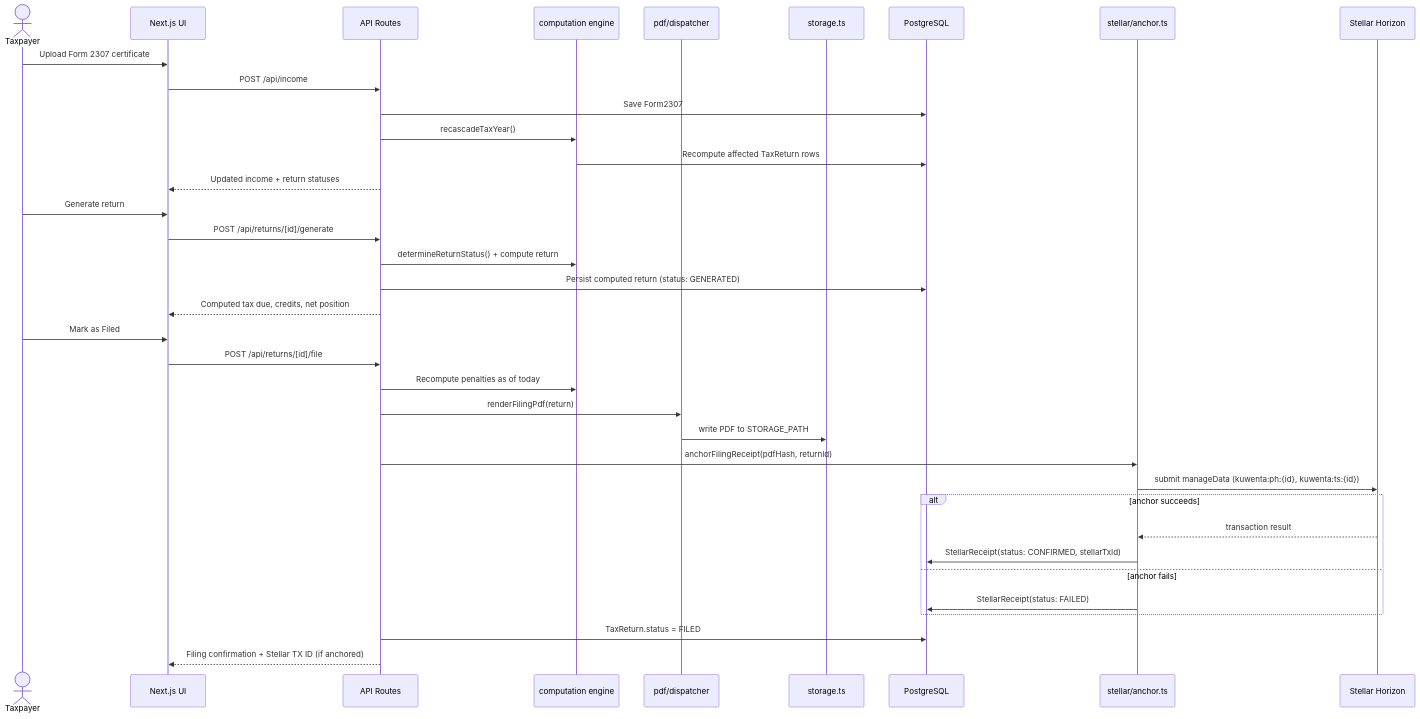
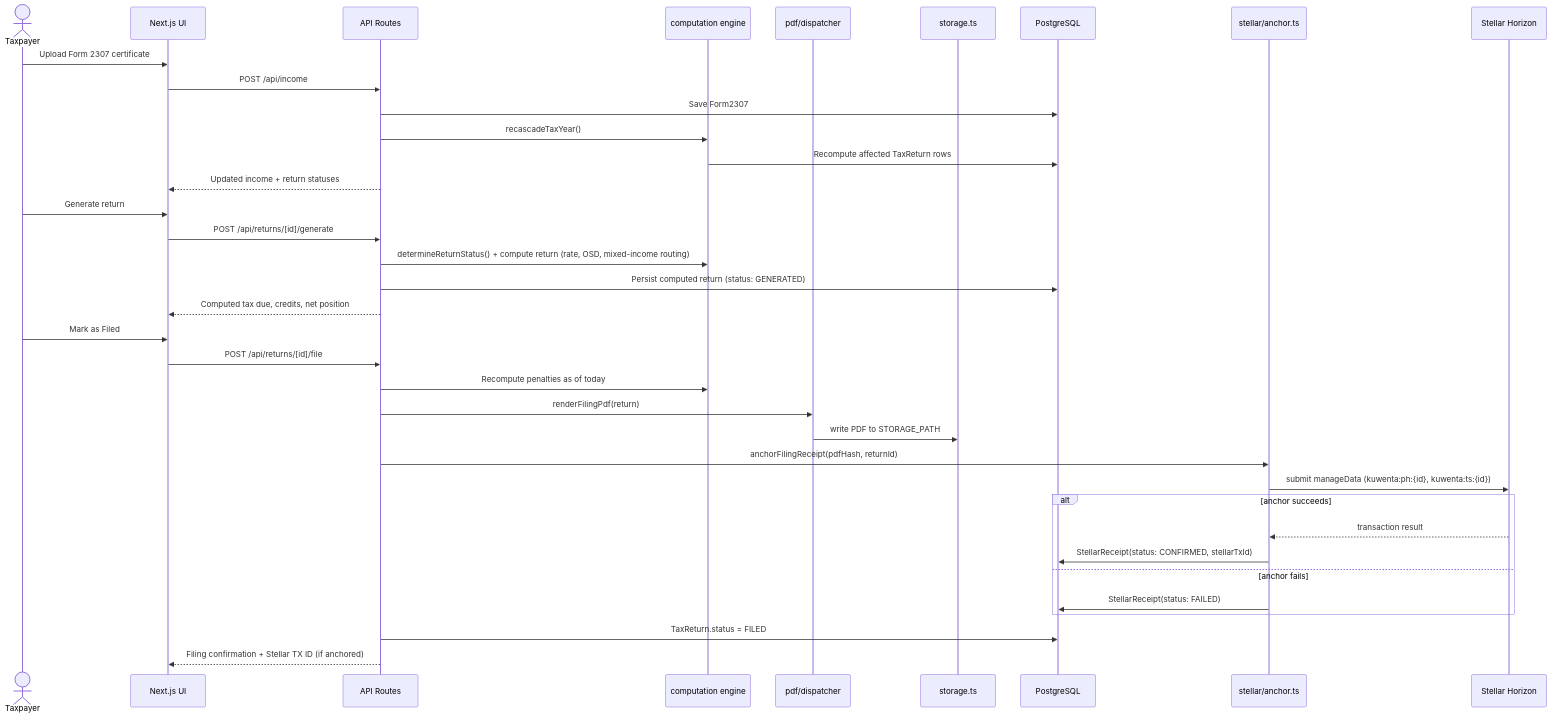
Before and after one commit to 0xhakua/Krunchr: the second of 4 diagrams in README.md, drawn with Mermaid. The commit also changed other lines of this file, not shown here.

````diff
--- a/README.md
+++ b/README.md
@@ -114,41 +129,41 @@
 ```mermaid
 sequenceDiagram
     actor U as Taxpayer
     participant UI as Next.js UI
     participant API as API Routes
     participant COMP as computation engine
     participant PDF as pdf/dispatcher
     participant STORE as storage.ts
     participant DB as PostgreSQL
     participant STELLAR as stellar/anchor.ts
     participant HORIZON as Stellar Horizon
 
     U->>UI: Upload Form 2307 certificate
     UI->>API: POST /api/income
     API->>DB: Save Form2307
     API->>COMP: recascadeTaxYear()
     COMP->>DB: Recompute affected TaxReturn rows
     API-->>UI: Updated income + return statuses
 
     U->>UI: Generate return
     UI->>API: POST /api/returns/[id]/generate
-    API->>COMP: determineReturnStatus() + compute return
+    API->>COMP: determineReturnStatus() + compute return (rate, OSD, mixed-income routing)
     API->>DB: Persist computed return (status: GENERATED)
     API-->>UI: Computed tax due, credits, net position
 
     U->>UI: Mark as Filed
     UI->>API: POST /api/returns/[id]/file
     API->>COMP: Recompute penalties as of today
     API->>PDF: renderFilingPdf(return)
     PDF->>STORE: write PDF to STORAGE_PATH
     API->>STELLAR: anchorFilingReceipt(pdfHash, returnId)
     STELLAR->>HORIZON: submit manageData (kuwenta:ph:{id}, kuwenta:ts:{id})
     alt anchor succeeds
         HORIZON-->>STELLAR: transaction result
         STELLAR->>DB: StellarReceipt(status: CONFIRMED, stellarTxId)
     else anchor fails
         STELLAR->>DB: StellarReceipt(status: FAILED)
     end
     API->>DB: TaxReturn.status = FILED
     API-->>UI: Filing confirmation + Stellar TX ID (if anchored)
 ```
````
